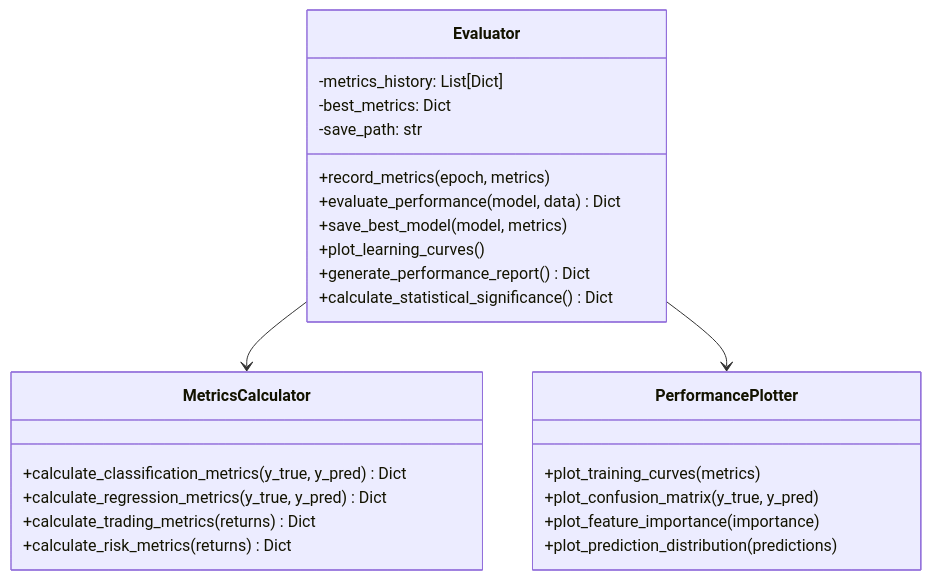
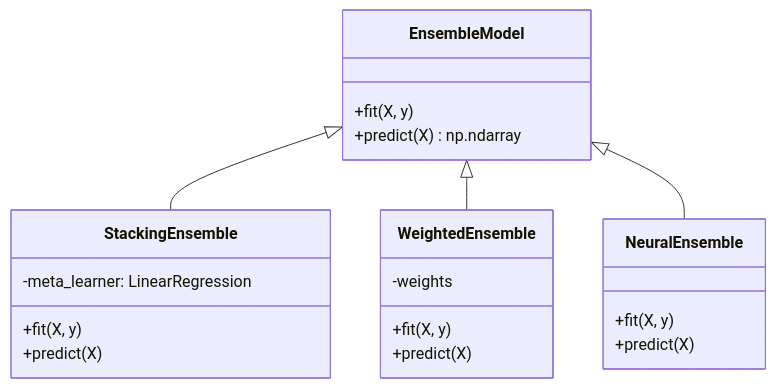
One commit to cluster2600/ELVIS changed the fourth of 9 diagrams in docs/training.md. Above: the diagram before and after it, drawn with Mermaid. The commit also changed other lines of this file and 60 other files, not shown here.

````diff
--- a/docs/training.md
+++ b/docs/training.md
@@ -203,31 +210,24 @@
 ```mermaid
 classDiagram
-    class Evaluator {
-        -metrics_history: List[Dict]
-        -best_metrics: Dict
-        -save_path: str
-        +record_metrics(epoch, metrics)
-        +evaluate_performance(model, data) Dict
-        +save_best_model(model, metrics)
-        +plot_learning_curves()
-        +generate_performance_report() Dict
-        +calculate_statistical_significance() Dict
+    class EnsembleModel {
+        +fit(X, y)
+        +predict(X) np.ndarray
     }
-    
-    class MetricsCalculator {
-        +calculate_classification_metrics(y_true, y_pred) Dict
-        +calculate_regression_metrics(y_true, y_pred) Dict
-        +calculate_trading_metrics(returns) Dict
-        +calculate_risk_metrics(returns) Dict
+    class StackingEnsemble {
+        -meta_learner: LinearRegression
+        +fit(X, y)
+        +predict(X)
     }
-    
-    class PerformancePlotter {
-        +plot_training_curves(metrics)
-        +plot_confusion_matrix(y_true, y_pred)
-        +plot_feature_importance(importance)
-        +plot_prediction_distribution(predictions)
+    class WeightedEnsemble {
+        -weights
+        +fit(X, y)
+        +predict(X)
     }
-    
-    Evaluator --> MetricsCalculator
-    Evaluator --> PerformancePlotter
+    class NeuralEnsemble {
+        +fit(X, y)
+        +predict(X)
+    }
+    EnsembleModel <|-- StackingEnsemble
+    EnsembleModel <|-- WeightedEnsemble
+    EnsembleModel <|-- NeuralEnsemble
 ```
````
